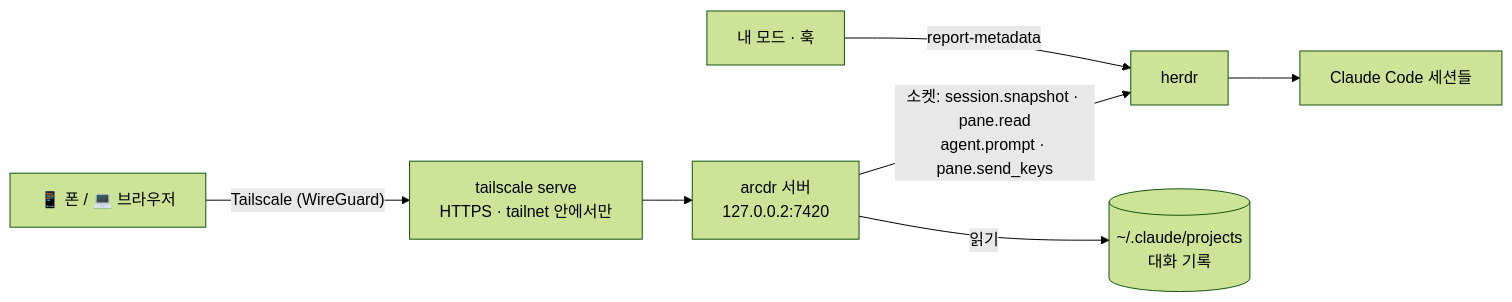
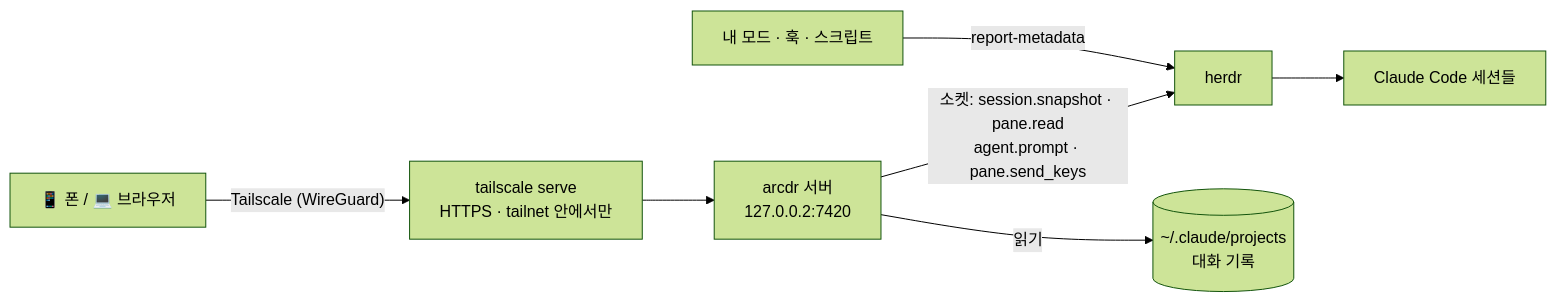
Before and after one commit to arcnessai/arcdr: the diagram in README.ko.md, drawn with Mermaid (forest theme). The commit also changed other lines of this file and 6 other files, not shown here.

First line of the commit message:
Lead with herdr and mods; add the arcdr-mod skill

````diff
--- a/README.ko.md
+++ b/README.ko.md
@@ -110,9 +158,9 @@
 ```mermaid
 flowchart LR
   phone["📱 폰 / 💻 브라우저"] -- "Tailscale (WireGuard)" --> serve["tailscale serve<br/>HTTPS · tailnet 안에서만"]
   serve --> server["arcdr 서버<br/>127.0.0.2:7420"]
   server -- "소켓: session.snapshot · pane.read<br/>agent.prompt · pane.send_keys" --> herdr["herdr"]
   herdr --> panes["Claude Code 세션들"]
   server -- "읽기" --> logs[("~/.claude/projects<br/>대화 기록")]
-  mods["내 모드 · 훅"] -- "report-metadata" --> herdr
+  mods["내 모드 · 훅 · 스크립트"] -- "report-metadata" --> herdr
 ```
````
